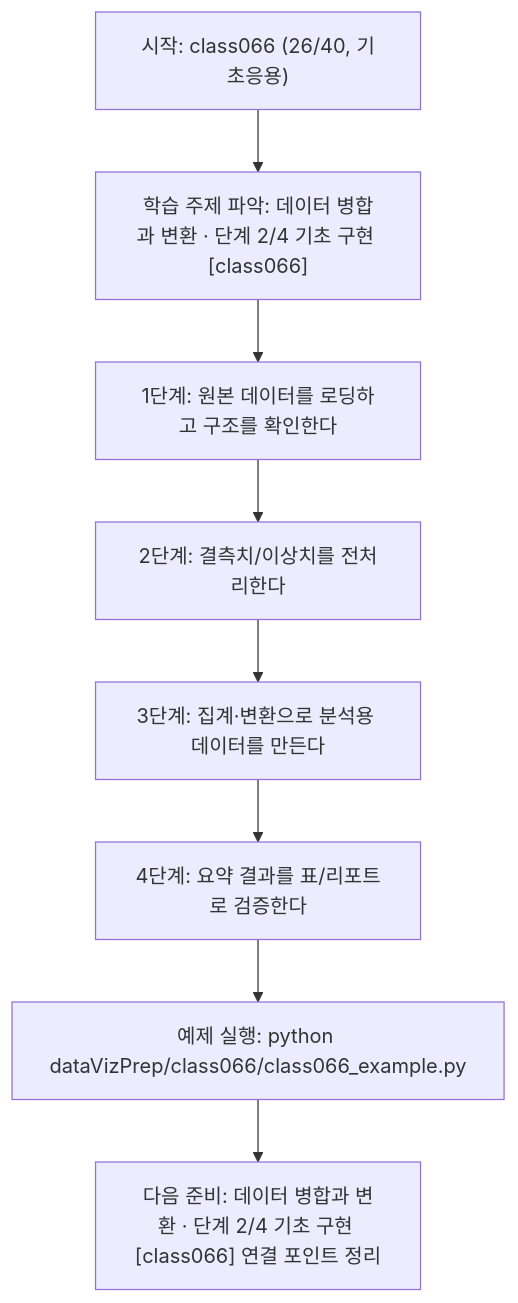
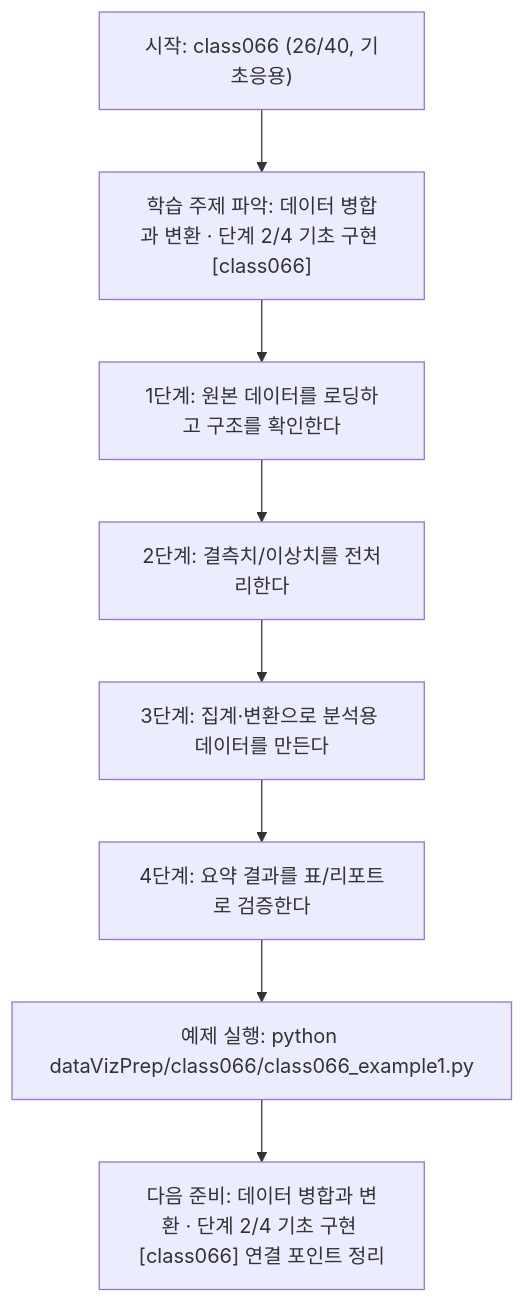
The diagram in dataVizPrep/class066/class066.md (edumgt/Python-AI_Agent-Class), drawn with Mermaid before and after one commit. The commit also changed other lines of this file and 2959 other files, not shown here.

````diff
--- a/dataVizPrep/class066/class066.md
+++ b/dataVizPrep/class066/class066.md
@@ -111,18 +111,18 @@
 ```mermaid
 flowchart TD
 N1["시작: class066 (26/40, 기초응용)"]
 N2["학습 주제 파악: 데이터 병합과 변환 · 단계 2/4 기초 구현 [class066]"]
 N3["1단계: 원본 데이터를 로딩하고 구조를 확인한다"]
 N4["2단계: 결측치/이상치를 전처리한다"]
 N5["3단계: 집계·변환으로 분석용 데이터를 만든다"]
 N6["4단계: 요약 결과를 표/리포트로 검증한다"]
-N7["예제 실행: python dataVizPrep/class066/class066_example.py"]
+N7["예제 실행: python dataVizPrep/class066/class066_example1.py"]
 N8["다음 준비: 데이터 병합과 변환 · 단계 2/4 기초 구현 [class066] 연결 포인트 정리"]
 N1 --> N2
 N2 --> N3
 N3 --> N4
 N4 --> N5
 N5 --> N6
 N6 --> N7
 N7 --> N8
 ```
````
